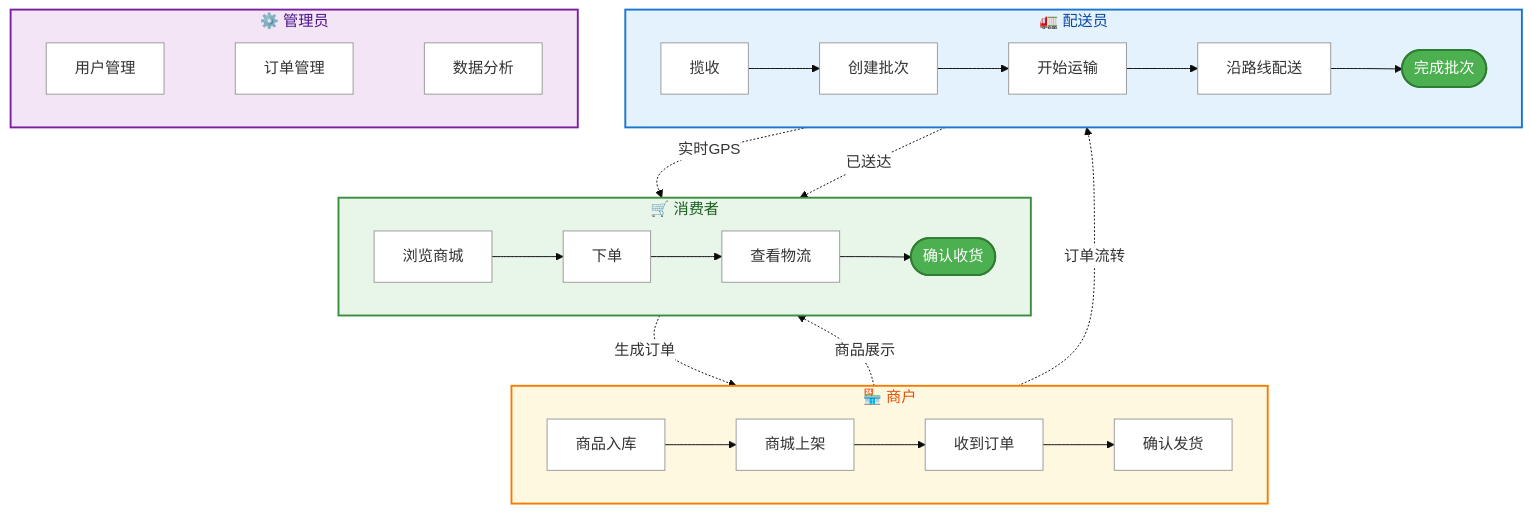
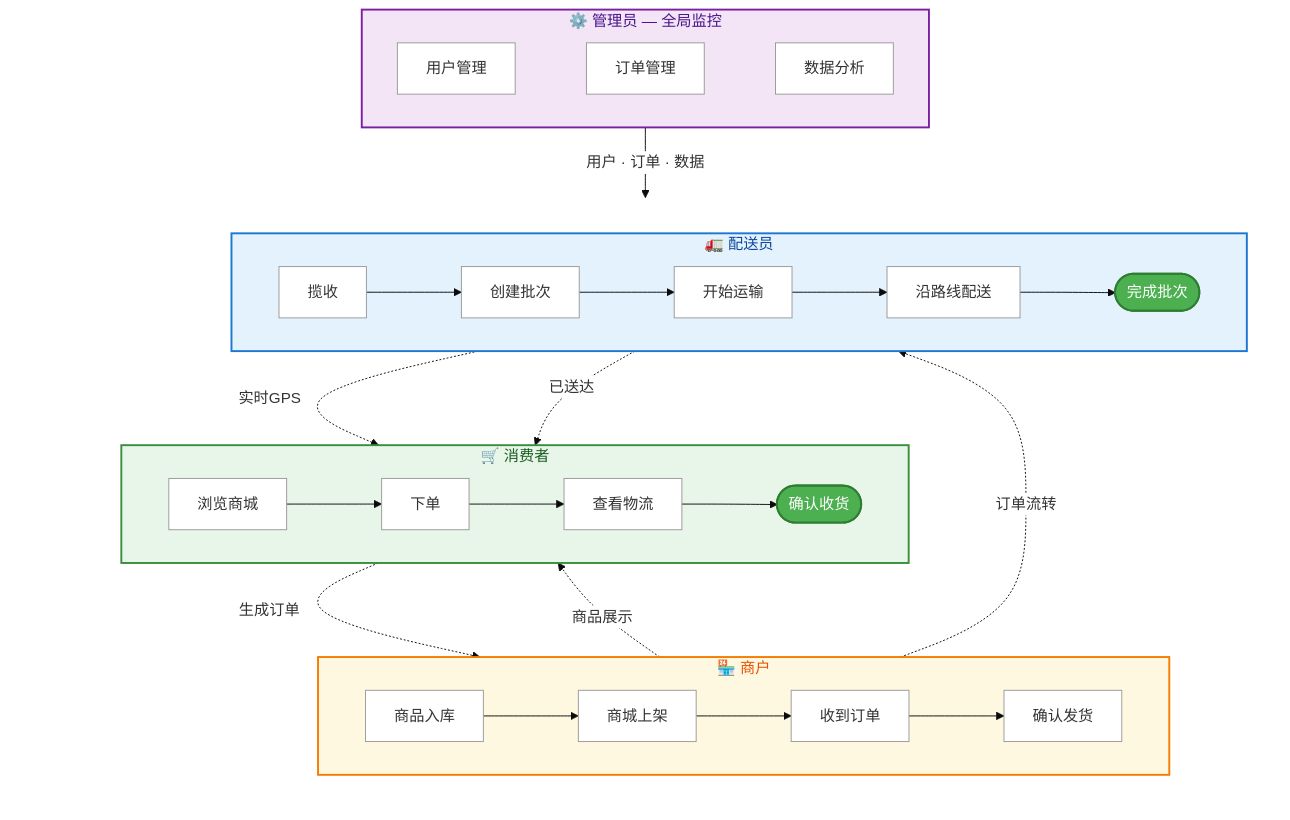
One commit to Liutianci99/grad_pilipala changed the diagram in README.md. Above: the diagram before and after it, drawn with Mermaid.

Commit message:
docs: put admin on top overseeing business flow

````diff
--- a/README.md
+++ b/README.md
@@ -16,38 +16,48 @@
 ```mermaid
 %%{init: {'theme':'base', 'themeVariables': {'primaryColor':'#f0f0f0', 'edgeLabelBackground':'#ffffff'}}}%%
 flowchart TB
-    subgraph MerchantFlow["🏪 商户"]
-        direction LR
-        StockIn[商品入库] --> Publish[商城上架] --> ReceiveOrder[收到订单] --> ShipOrder[确认发货]
-    end
-
-    subgraph ConsumerFlow["🛒 消费者"]
-        direction LR
-        BrowseMall[浏览商城] --> PlaceOrder[下单] --> TrackLogistics[查看物流] --> ConfirmReceive([确认收货])
-    end
-
-    subgraph DriverFlow["🚛 配送员"]
-        direction LR
-        Pickup[揽收] --> CreateBatch[创建批次] --> StartDelivery[开始运输] --> OnRoute[沿路线配送] --> CompleteBatch([完成批次])
-    end
-
-    subgraph AdminFlow["⚙️ 管理员"]
+%% === 管理员：监控全局 ===
+    subgraph AdminFlow["⚙️ 管理员 — 全局监控"]
         direction LR
         UserMgmt[用户管理] ~~~ OrderMgmt[订单管理] ~~~ DataAnalysis[数据分析]
     end
 
-    Publish -.->|商品展示| BrowseMall
-    PlaceOrder -.->|生成订单| ReceiveOrder
-    ShipOrder -.->|订单流转| Pickup
-    OnRoute -.->|实时GPS| TrackLogistics
-    CompleteBatch -.->|已送达| ConfirmReceive
+%% === 核心业务流程 ===
+    subgraph BusinessFlow[" "]
+        direction TB
 
+        subgraph MerchantFlow["🏪 商户"]
+            direction LR
+            StockIn[商品入库] --> Publish[商城上架] --> ReceiveOrder[收到订单] --> ShipOrder[确认发货]
+        end
+
+        subgraph ConsumerFlow["🛒 消费者"]
+            direction LR
+            BrowseMall[浏览商城] --> PlaceOrder[下单] --> TrackLogistics[查看物流] --> ConfirmReceive([确认收货])
+        end
+
+        subgraph DriverFlow["🚛 配送员"]
+            direction LR
+            Pickup[揽收] --> CreateBatch[创建批次] --> StartDelivery[开始运输] --> OnRoute[沿路线配送] --> CompleteBatch([完成批次])
+        end
+
+        Publish -.->|商品展示| BrowseMall
+        PlaceOrder -.->|生成订单| ReceiveOrder
+        ShipOrder -.->|订单流转| Pickup
+        OnRoute -.->|实时GPS| TrackLogistics
+        CompleteBatch -.->|已送达| ConfirmReceive
+    end
+
+%% === 管理员监控连线 ===
+    AdminFlow -->|用户 · 订单 · 数据| BusinessFlow
+
+    style AdminFlow fill:#F3E5F5,stroke:#7B1FA2,stroke-width:2px,color:#4A148C
+    style BusinessFlow fill:none,stroke:none
     style MerchantFlow fill:#FFF8E1,stroke:#F57C00,stroke-width:2px,color:#E65100
     style ConsumerFlow fill:#E8F5E9,stroke:#388E3C,stroke-width:2px,color:#1B5E20
     style DriverFlow fill:#E3F2FD,stroke:#1976D2,stroke-width:2px,color:#0D47A1
-    style AdminFlow fill:#F3E5F5,stroke:#7B1FA2,stroke-width:2px,color:#4A148C
 
     classDef default fill:#ffffff,stroke:#999999,color:#333333,stroke-width:1px
     classDef done fill:#4CAF50,stroke:#2E7D32,color:#FFFFFF,stroke-width:2px
     class ConfirmReceive,CompleteBatch done
 ```
````
